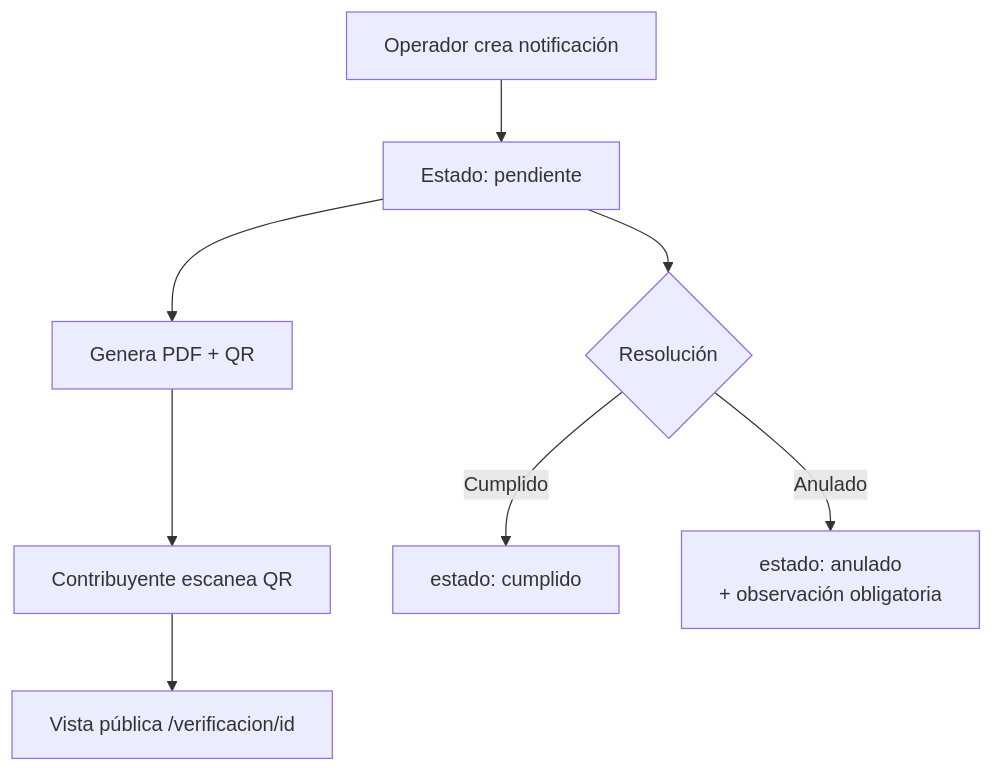
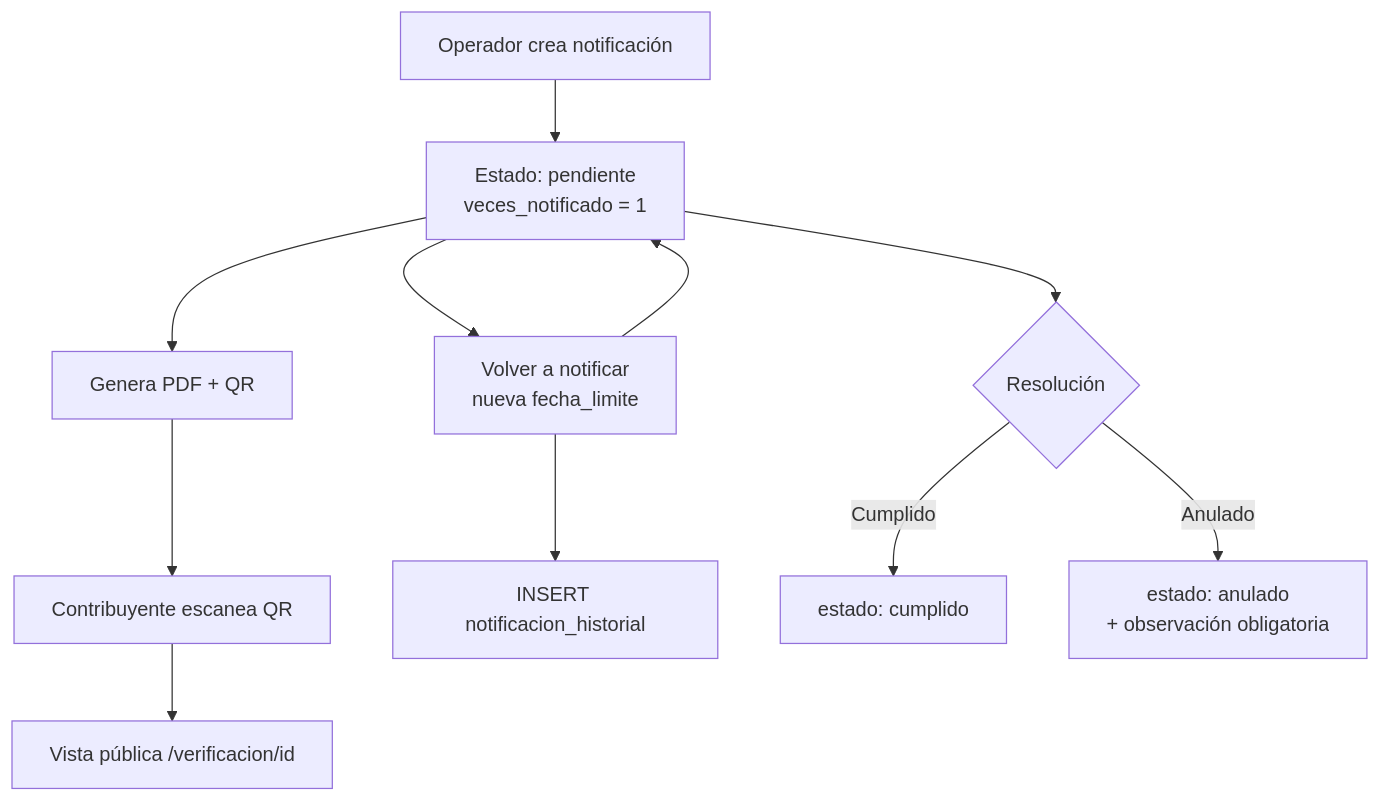
The second of 3 diagrams in docs/PRD-SIRAT.md (ugarte24/sirat), drawn with Mermaid before and after one commit. The commit also changed other lines of this file and 17 other files, not shown here.

Commit message:
Agrega renotificacion con historial de fechas limite y sincroniza el PRD v1.2.

````diff
--- a/docs/PRD-SIRAT.md
+++ b/docs/PRD-SIRAT.md
@@ -376,10 +382,13 @@
 ```mermaid
 flowchart TD
-    A[Operador crea notificación] --> B[Estado: pendiente]
+    A[Operador crea notificación] --> B[Estado: pendiente\nveces_notificado = 1]
     B --> C[Genera PDF + QR]
     C --> D[Contribuyente escanea QR]
     D --> E[Vista pública /verificacion/id]
+    B --> R[Volver a notificar\nnueva fecha_limite]
+    R --> B
+    R --> HIST[INSERT notificacion_historial]
     B --> F{Resolución}
     F -->|Cumplido| G[estado: cumplido]
     F -->|Anulado| H[estado: anulado\n+ observación obligatoria]
 ```
````
